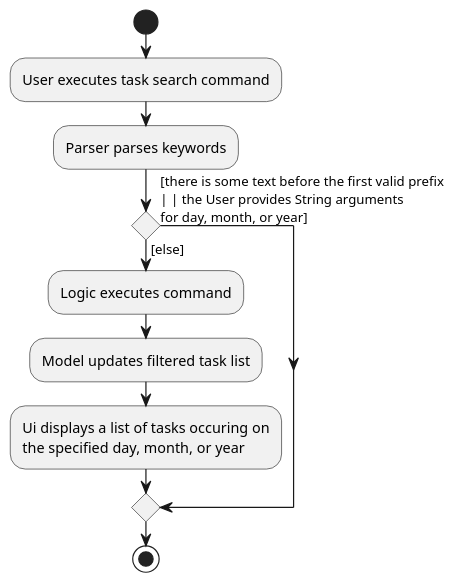
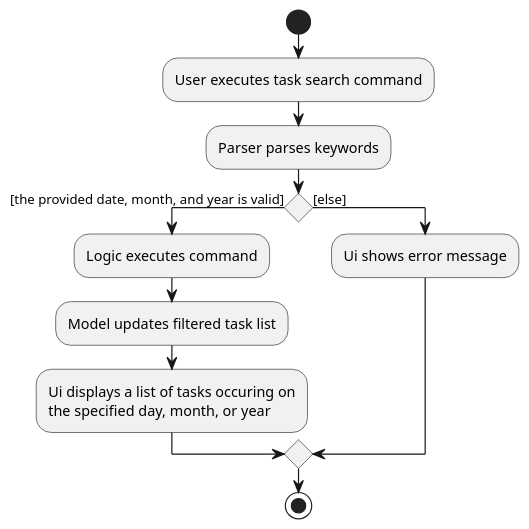
One commit to zixinn/main changed the diagram in docs/diagrams/TaskSearchActivityDiagram.puml. Above: the diagram before and after it, drawn with PlantUML. The commit also changed other lines of this file and 10 other files, not shown here.

```diff
--- a/docs/diagrams/TaskSearchActivityDiagram.puml
+++ b/docs/diagrams/TaskSearchActivityDiagram.puml
@@ -1,16 +1,15 @@
 @startuml
 scale 1.2
 start
 :User executes task search command;
 :Parser parses keywords;
-if () then ([else])
+if () then ([the provided date, month, and year is valid])
     :Logic executes command;
     :Model updates filtered task list;
     :Ui displays a list of tasks occuring on
     the specified day, month, or year;
-else ([there is some text before the first valid prefix
-| | the User provides String arguments
-for day, month, or year])
+else ([else])
+    :Ui shows error message;
 endif
 stop
 @enduml
```
